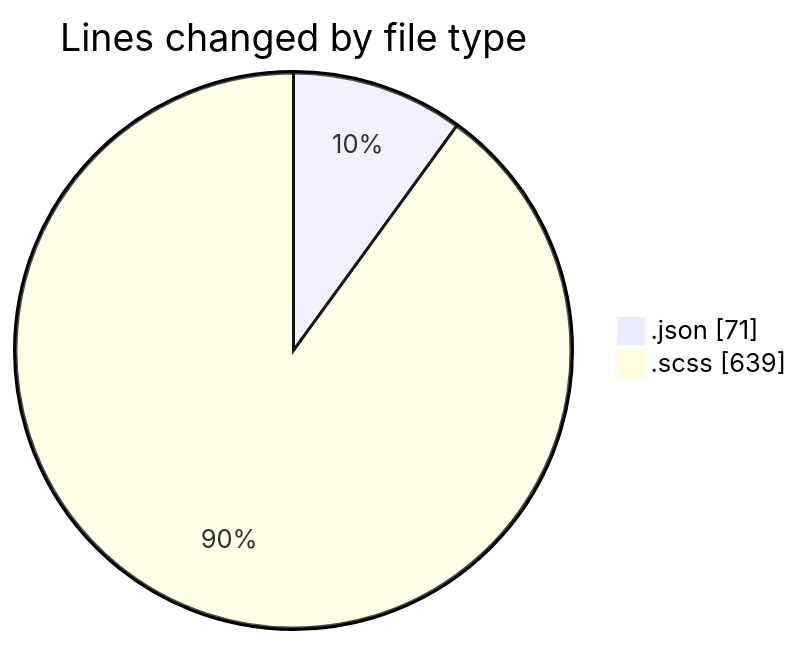
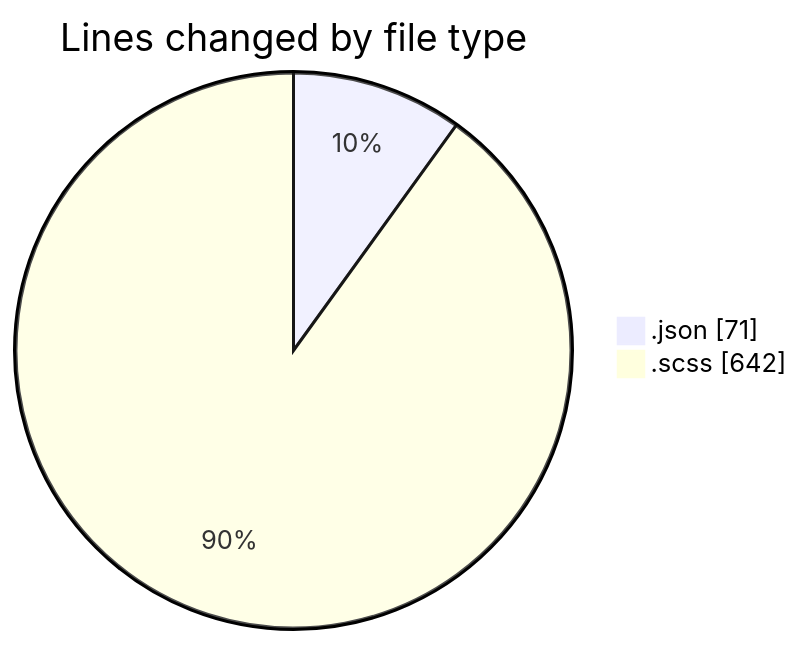
One commit to momahboobian/code-tracking changed the first of 2 diagrams in 2026-01-22/cda/README.md. Above: the diagram before and after it, drawn with Mermaid. The commit also changed other lines of this file and 1 other file, not shown here.

````diff
--- a/2026-01-22/cda/README.md
+++ b/2026-01-22/cda/README.md
@@ -24,6 +24,6 @@
 ```mermaid
 pie showData
 title Lines changed by file type
 ".json" : 71
-".scss" : 639
+".scss" : 642
 ```
````
